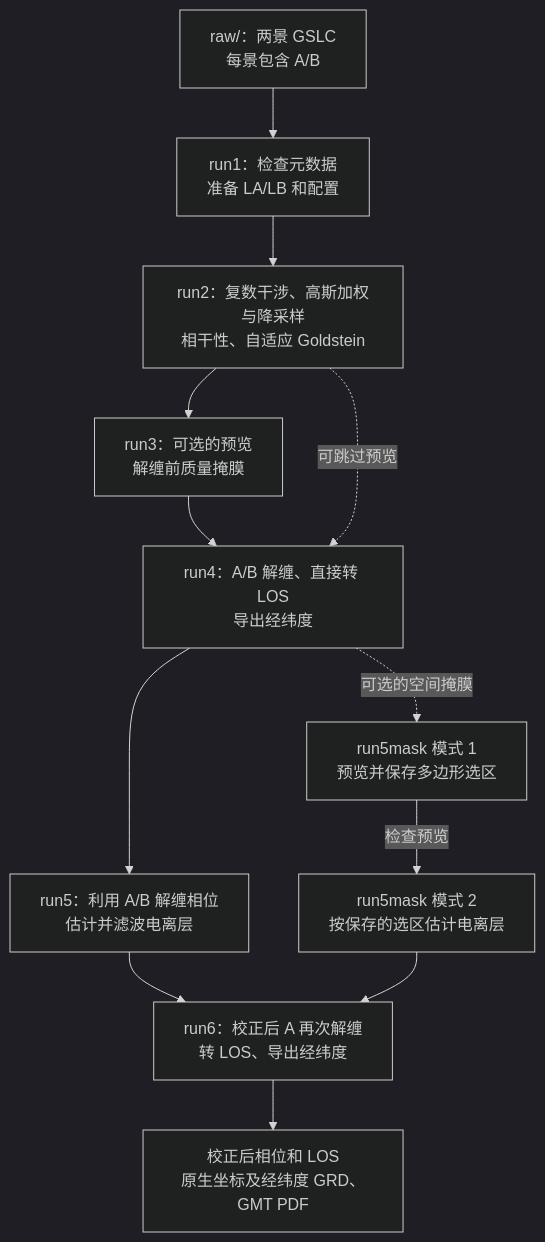
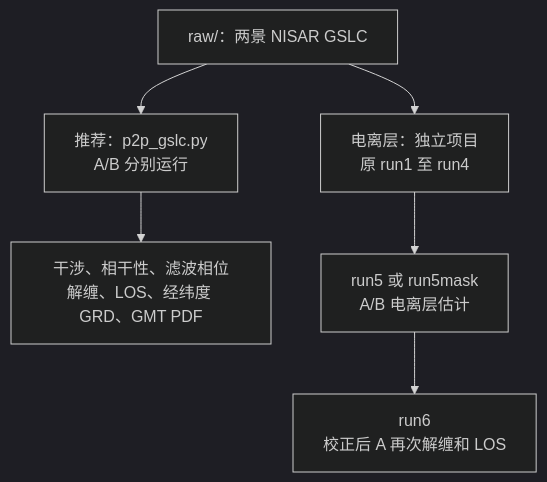
Before and after one commit to Xin-Wang-520/gmtsar-nisar-gslc-dinsar-workflow: the diagram in README.zh-CN.md, drawn with Mermaid (dark theme). The commit also changed other lines of this file and 4 other files, not shown here.

````diff
--- a/README.zh-CN.md
+++ b/README.zh-CN.md
@@ -40,19 +173,11 @@
 ```mermaid
 flowchart TD
-    INPUT["raw/：两景 GSLC<br/>每景包含 A/B"]
-    R1["run1：检查元数据<br/>准备 LA/LB 和配置"]
-    R2["run2：复数干涉、高斯加权与降采样<br/>相干性、自适应 Goldstein"]
-    R3["run3：可选的预览<br/>解缠前质量掩膜"]
-    R4["run4：A/B 解缠、直接转 LOS<br/>导出经纬度"]
-    R5["run5：利用 A/B 解缠相位<br/>估计并滤波电离层"]
-    M1["run5mask 模式 1<br/>预览并保存多边形选区"]
-    M2["run5mask 模式 2<br/>按保存的选区估计电离层"]
-    R6["run6：校正后 A 再次解缠<br/>转 LOS、导出经纬度"]
-    OUTPUT["校正后相位和 LOS<br/>原生坐标及经纬度 GRD、GMT PDF"]
-    INPUT --> R1 --> R2 --> R3 --> R4
-    R2 -. "可跳过预览" .-> R4
-    R4 --> R5 --> R6
-    R4 -. "可选的空间掩膜" .-> M1
-    M1 -->|"检查预览"| M2 --> R6
-    R6 --> OUTPUT
+    INPUT["raw/：两景 NISAR GSLC"]
+    PAIR["推荐：p2p_gslc.py<br/>A/B 分别运行"]
+    PRODUCTS["干涉、相干性、滤波相位<br/>解缠、LOS、经纬度 GRD、GMT PDF"]
+    LEGACY["电离层：独立项目<br/>原 run1 至 run4"]
+    IONO["run5 或 run5mask<br/>A/B 电离层估计"]
+    CORRECT["run6<br/>校正后 A 再次解缠和 LOS"]
+    INPUT --> PAIR --> PRODUCTS
+    INPUT --> LEGACY --> IONO --> CORRECT
 ```
````
